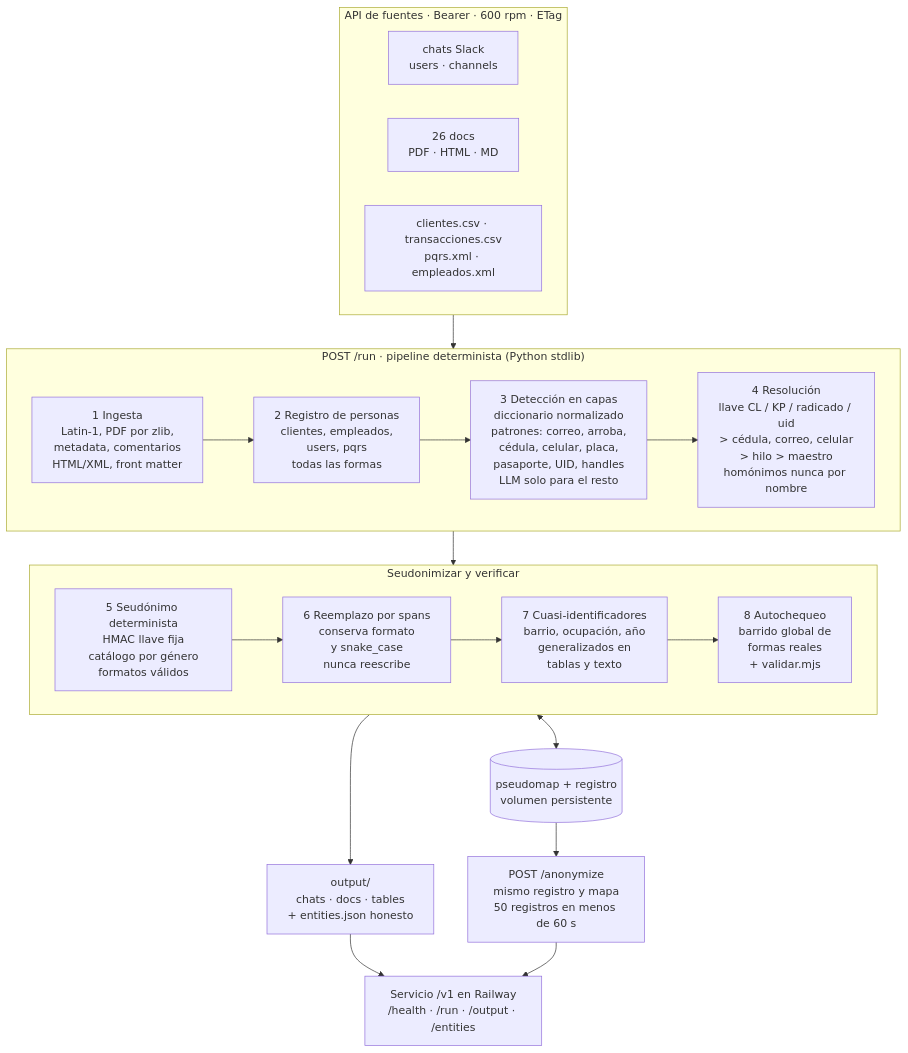
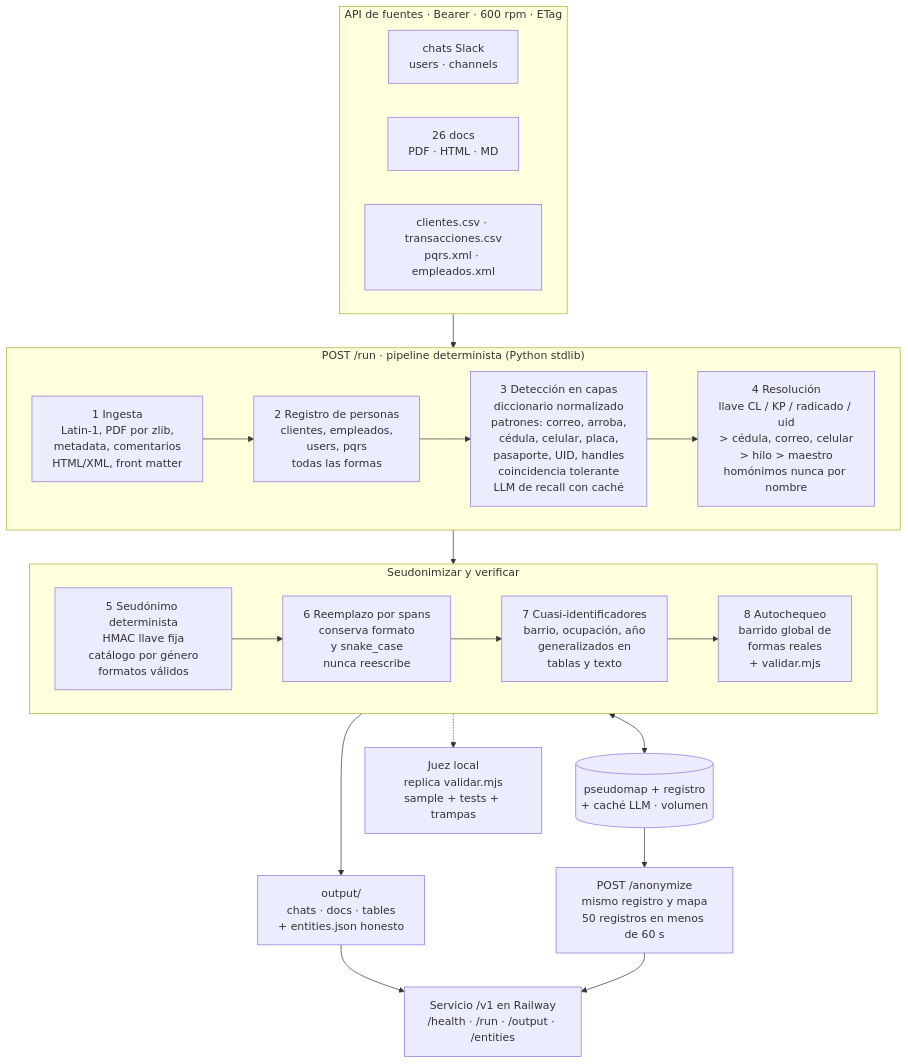
Before and after one commit to SamaelFL/kipu-anon: the diagram in docs/diagrama.mmd, drawn with Mermaid. The commit also changed 3 other files, not shown here.

Commit message:
Diseño v2: recall con LLM cacheado, coincidencia tolerante y juez local

```diff
--- a/docs/diagrama.mmd
+++ b/docs/diagrama.mmd
@@ -1,31 +1,32 @@
 flowchart TB
   subgraph F["API de fuentes · Bearer · 600 rpm · ETag"]
     direction LR
     C["chats Slack<br/>users · channels"]
     D["26 docs<br/>PDF · HTML · MD"]
     T["clientes.csv · transacciones.csv<br/>pqrs.xml · empleados.xml"]
   end
   subgraph A["POST /run · pipeline determinista (Python stdlib)"]
     direction LR
     I["1 Ingesta<br/>Latin-1, PDF por zlib,<br/>metadata, comentarios<br/>HTML/XML, front matter"]
     R["2 Registro de personas<br/>clientes, empleados,<br/>users, pqrs<br/>todas las formas"]
-    DET["3 Detección en capas<br/>diccionario normalizado<br/>patrones: correo, arroba,<br/>cédula, celular, placa,<br/>pasaporte, UID, handles<br/>LLM solo para el resto"]
+    DET["3 Detección en capas<br/>diccionario normalizado<br/>patrones: correo, arroba,<br/>cédula, celular, placa,<br/>pasaporte, UID, handles<br/>coincidencia tolerante<br/>LLM de recall con caché"]
     RES["4 Resolución<br/>llave CL / KP / radicado / uid<br/>> cédula, correo, celular<br/>> hilo > maestro<br/>homónimos nunca por nombre"]
     I --> R --> DET --> RES
   end
   subgraph B["Seudonimizar y verificar"]
     direction LR
     P["5 Seudónimo determinista<br/>HMAC llave fija<br/>catálogo por género<br/>formatos válidos"]
     REP["6 Reemplazo por spans<br/>conserva formato<br/>y snake_case<br/>nunca reescribe"]
     Q["7 Cuasi-identificadores<br/>barrio, ocupación, año<br/>generalizados en<br/>tablas y texto"]
     CHK["8 Autochequeo<br/>barrido global de<br/>formas reales<br/>+ validar.mjs"]
     P --> REP --> Q --> CHK
   end
   F --> I
   RES --> P
-  M[("pseudomap + registro<br/>volumen persistente")]
+  M[("pseudomap + registro<br/>+ caché LLM · volumen")]
   P <--> M
   CHK --> O["output/<br/>chats · docs · tables<br/>+ entities.json honesto"]
   M --> AN["POST /anonymize<br/>mismo registro y mapa<br/>50 registros en menos de 60 s"]
   O --> S["Servicio /v1 en Railway<br/>/health · /run · /output · /entities"]
   AN --> S
+  CHK -.-> J["Juez local<br/>replica validar.mjs<br/>sample + tests + trampas"]
```
